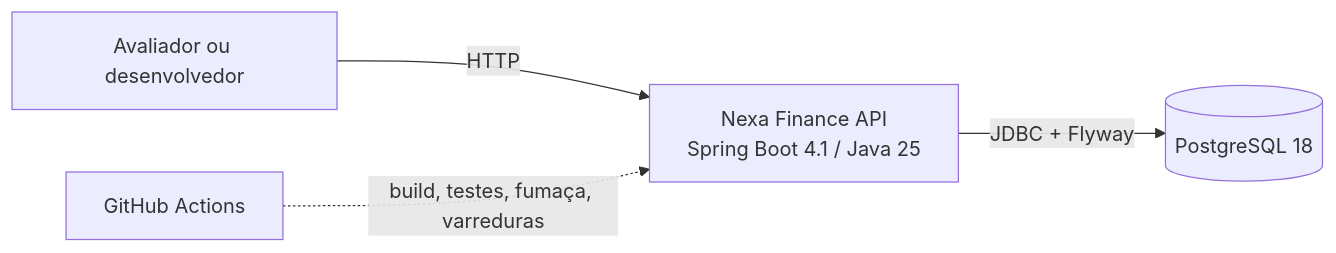
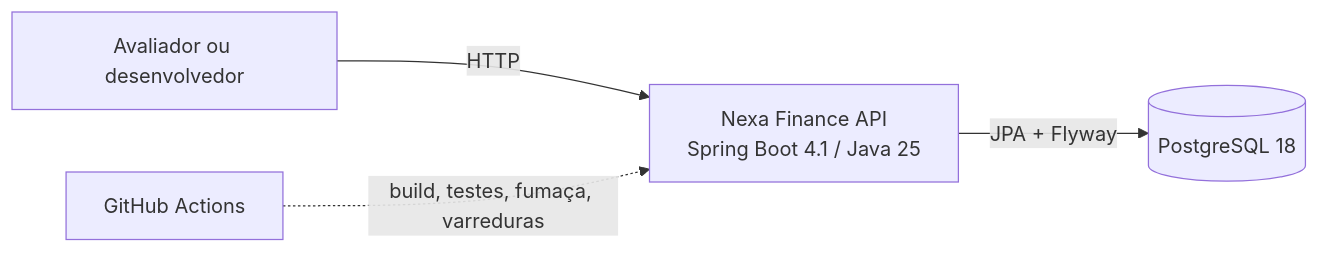
One commit to maykontardoche/nexa-finance-api changed the first of 2 diagrams in docs/arquitetura/README.md. Above: the diagram before and after it, drawn with Mermaid. The commit also changed other lines of this file and 21 other files, not shown here.

First line of the commit message:
feat: schema de identidade, entidades JPA e decisões de autenticação

````diff
--- a/docs/arquitetura/README.md
+++ b/docs/arquitetura/README.md
@@ -17,6 +17,6 @@
 ```mermaid
 flowchart LR
   user[Avaliador ou desenvolvedor] -->|HTTP| api[Nexa Finance API<br/>Spring Boot 4.1 / Java 25]
-  api -->|JDBC + Flyway| db[(PostgreSQL 18)]
+  api -->|JPA + Flyway| db[(PostgreSQL 18)]
   ci[GitHub Actions] -.->|build, testes, fumaça, varreduras| api
 ```
````
